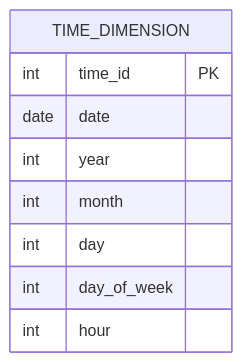
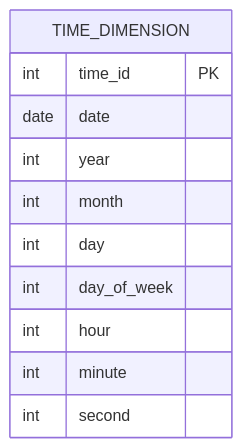
One commit to LONG-TERM-EFFECTS-OF-SUFFERING/Rapidos_y_Furiosos_data_warehouse changed the sixth of 8 diagrams in dimensions_fact_table_and_data_mart.md. Above: the diagram before and after it, drawn with Mermaid. The commit also changed other lines of this file and 1 other file, not shown here.

````diff
--- a/dimensions_fact_table_and_data_mart.md
+++ b/dimensions_fact_table_and_data_mart.md
@@ -53,12 +70,14 @@
 ```MERMAID
 erDiagram
     TIME_DIMENSION {
         int time_id PK
         date date
         int year
         int month
         int day
         int day_of_week
         int hour
+        int minute
+        int second
     }
 ```
````
